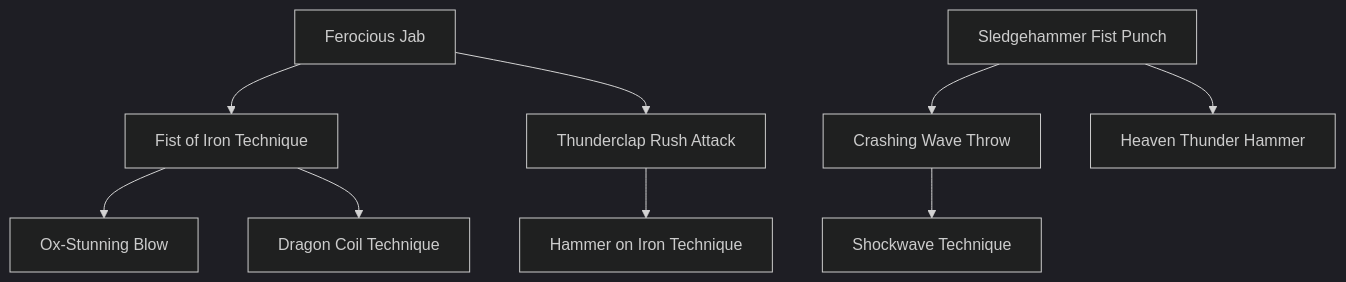
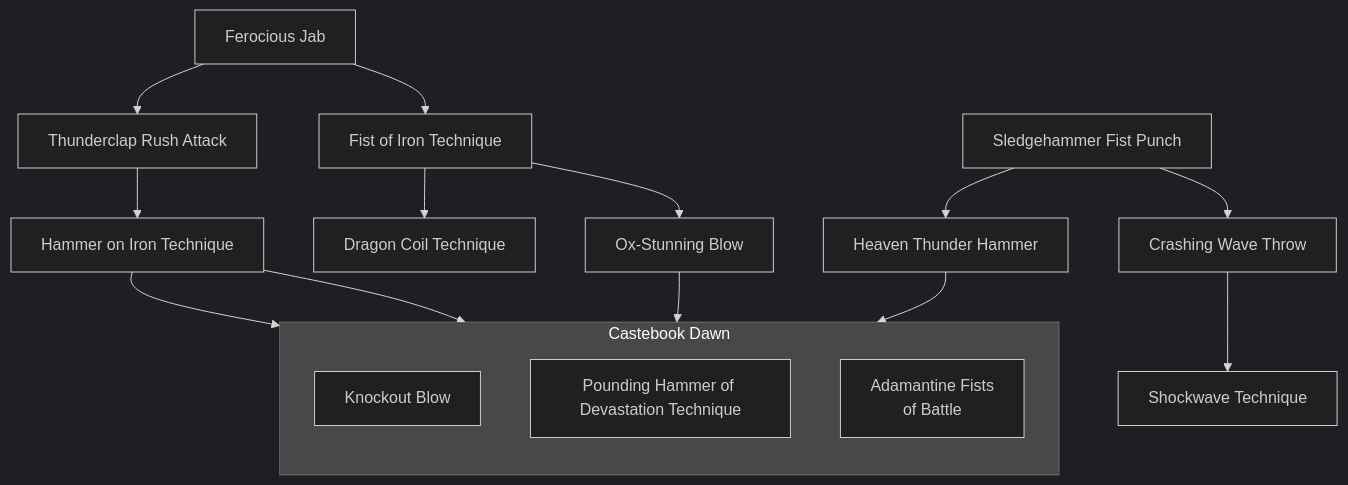
One commit to jrobichaud/exalted-charms-1e changed the diagram in docs/mermaid/solar/dawn_brawl.mmd. Above: the diagram before and after it, drawn with Mermaid. The commit also changed 8 other files, not shown here.

Commit message:
castebook dawn

```diff
--- a/docs/mermaid/solar/dawn_brawl.mmd
+++ b/docs/mermaid/solar/dawn_brawl.mmd
@@ -252,3 +252,89 @@
         Strength, in a direction of the Exalted's choice, as if he had been
         successfully attacked with the Crashing Wave Throw Charm.
         "
+
+    subgraph Castebook Dawn
+        direction TB
+
+        knockout_blow[Knockout Blow]
+        click knockout_blow callback "
+            Knockout Blow<br>
+            <br>
+            Cost: 3 motes + 2 motes per additional die<br>
+            Duration: Instant<br>
+            Type: Supplemental<br>
+            Minimum Brawl: 4<br>
+            Minimum Essence: 3<br>
+            Prerequisite Charms: Ox-Stunning Blow<br>
+            <br>
+            With greater skill and Essence comes greater power and
+            control. This Charm allows the character to precisely gauge the
+            amount of damage he is causing. Punches enhanced by this
+            Charm cannot accidentally do lethal damage to the target. If the
+            player rolls more health levels of damage than the target has
+            remaining health levels, all remaining damage is ignored. If the
+            damage rolled is insufficient to knock out the target, then the
+            attacker can roll additional dice in an attempt to do enough
+            damage to knock the target out. The character may buy
+            additional damage dice at 2 motes per die. These dice are bought
+            and rolled one at a time as a Reflexive Action, and a character
+            can continue buying and rolling them for as long as he can pay
+            for them. A character cannot buy dice to gain additional damage
+            levels beyond those required to knock out the target.<br>
+            Characters can easily run out of Essence if they use this
+            Charm repeatedly. If a character runs out of Essence while
+            using this Charm, count all damage dice that have been paid
+            for. This Charm cannot be used if the character is wielding
+            Tiger Claws or any other weapon or magical effect that
+            causes his punches to do lethal damage.
+            "
+
+        pounding_hammer_of_devastation_technique[Pounding Hammer of Devastation Technique]
+        click pounding_hammer_of_devastation_technique callback "
+            Pounding Hammer of Devastation Technique<br>
+            <br>
+            Cost: 7 motes<br>
+            Duration: Instant<br>
+            Type: Supplemental<br>
+            Minimum Brawl: 5<br>
+            Minimum Essence: 5<br>
+            Prerequisite Charms: Heaven Thunder Hammer<br>
+            <br>
+            The character concentrates vast amounts of Essence
+            around her hands, allowing her to inflict terrible wounds. The
+            character's blow does lethal damage. In addition, when used
+            against a living target, this Charm adds a bonus to the base
+            damage of the attack equal to the attacking character's Permanent
+            Essence. However, this Charm is far more effective when
+            used against inanimate targets. If the character attacks an
+            inanimate object, add a number of damage levels equal to four
+            times the attacking character's Permanent Essence. A single
+            such punch or kick can knock down a sturdy oak door or break
+            a hole in a ship's hull large enough to walk through.
+            "
+
+        adamantine_fists_of_battle[Adamantine Fists<br>of Battle]
+        click adamantine_fists_of_battle callback "
+            Adamantine Fists of Battle<br>
+            <br>
+            Cost: 7 motes, 1 Willpower<br>
+            Duration: One scene<br>
+            Type: Supplemental<br>
+            Minimum Brawl: 5<br>
+            Minimum Essence: 6<br>
+            Prerequisite Charms: Heaven Thunder Hammer, Hammer on Iron Technique<br>
+            <br>
+            Essence concentrates around the character's hands, infusing
+            them with great and lasting power. For the next full scene, the
+            character adds a number of levels of damage equal to twice her
+            Permanent Essence to all Brawling attacks. When this Charm is
+            performed, the caster can also specify whether these attacks will
+            do bashing or lethal damage. Using this Charm, the character can
+            even choose to do bashing damage when wielding a weapon that
+            would normally cause his blow to do lethal damage.
+            "
+    end
+    ox_stunning_blow --> knockout_blow
+    heaven_thunder_hammer --> pounding_hammer_of_devastation_technique
+    hammer_on_iron_technique --> adamantine_fists_of_battle
+    hammer_on_iron_technique --> adamantine_fists_of_battle
```
